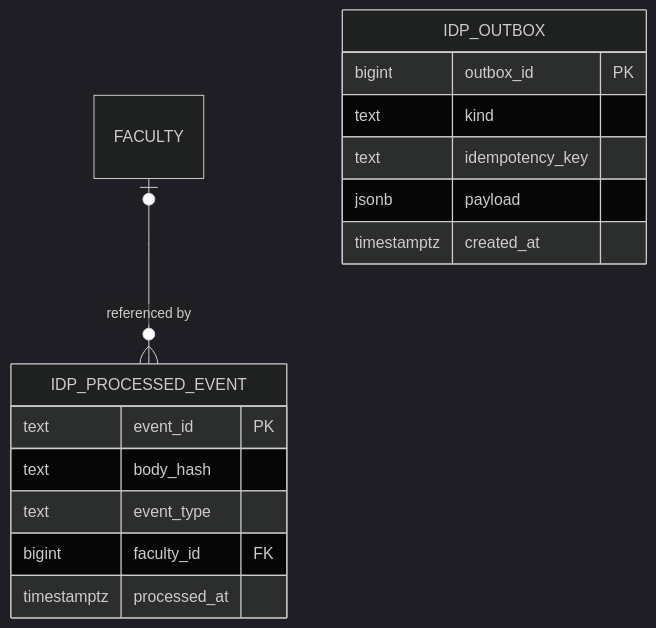
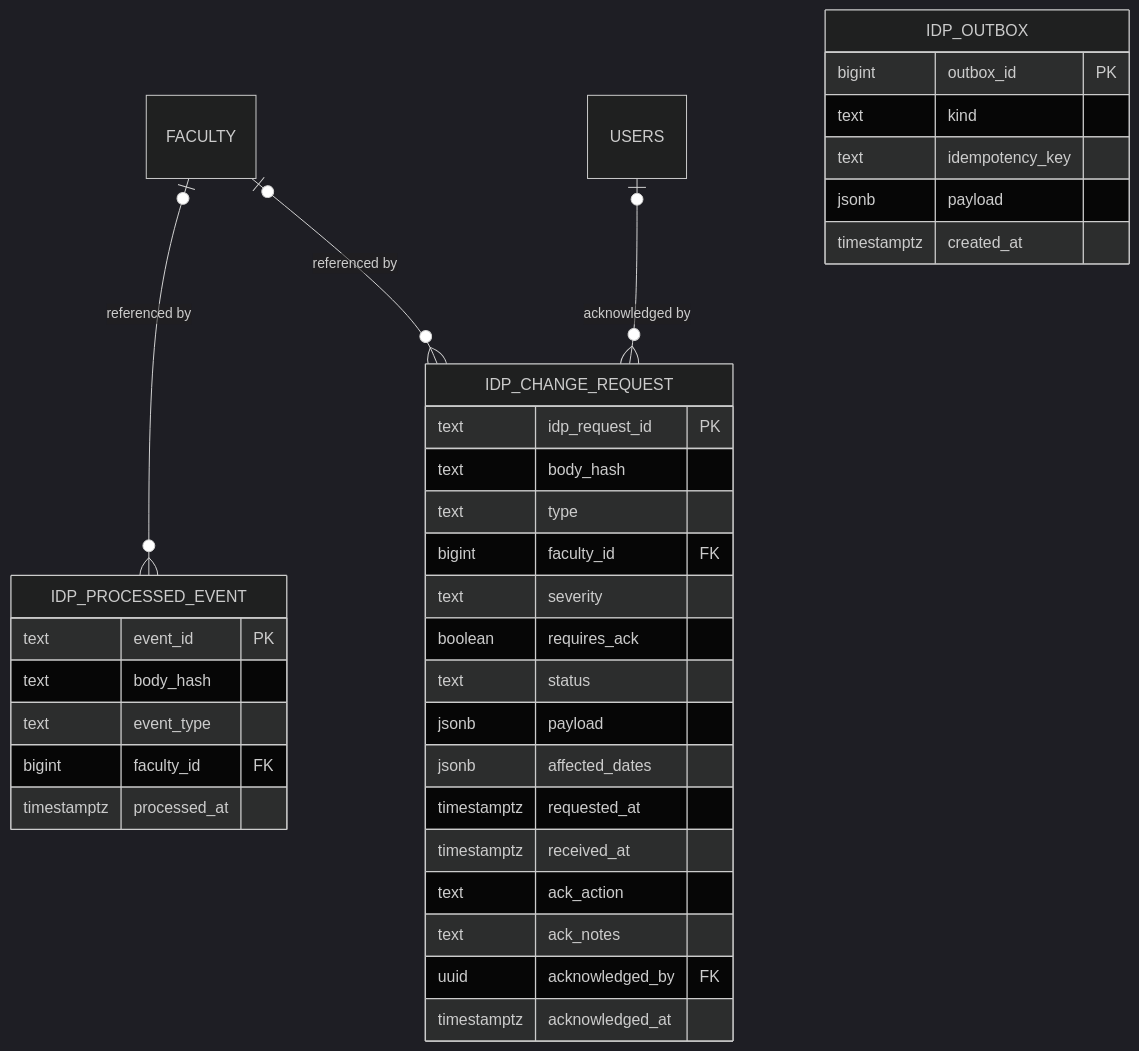
Before and after one commit to RADENzzz/coe-nnect: the ninth of 9 diagrams in docs/DATABASE STRUCTURE/README.md, drawn with Mermaid (dark theme). The commit also changed other lines of this file and 26 other files, not shown here.

````diff
--- a/docs/DATABASE STRUCTURE/README.md
+++ b/docs/DATABASE STRUCTURE/README.md
@@ -720,18 +721,37 @@
 ```mermaid
 erDiagram
     FACULTY |o--o{ IDP_PROCESSED_EVENT : "referenced by"
+    FACULTY |o--o{ IDP_CHANGE_REQUEST : "referenced by"
+    USERS |o--o{ IDP_CHANGE_REQUEST : "acknowledged by"
     IDP_OUTBOX {
         bigint outbox_id PK
         text kind
         text idempotency_key
         jsonb payload
         timestamptz created_at
     }
     IDP_PROCESSED_EVENT {
         text event_id PK
         text body_hash
         text event_type
         bigint faculty_id FK
         timestamptz processed_at
     }
+    IDP_CHANGE_REQUEST {
+        text idp_request_id PK
+        text body_hash
+        text type
+        bigint faculty_id FK
+        text severity
+        boolean requires_ack
+        text status
+        jsonb payload
+        jsonb affected_dates
+        timestamptz requested_at
+        timestamptz received_at
+        text ack_action
+        text ack_notes
+        uuid acknowledged_by FK
+        timestamptz acknowledged_at
+    }
 ```
````
